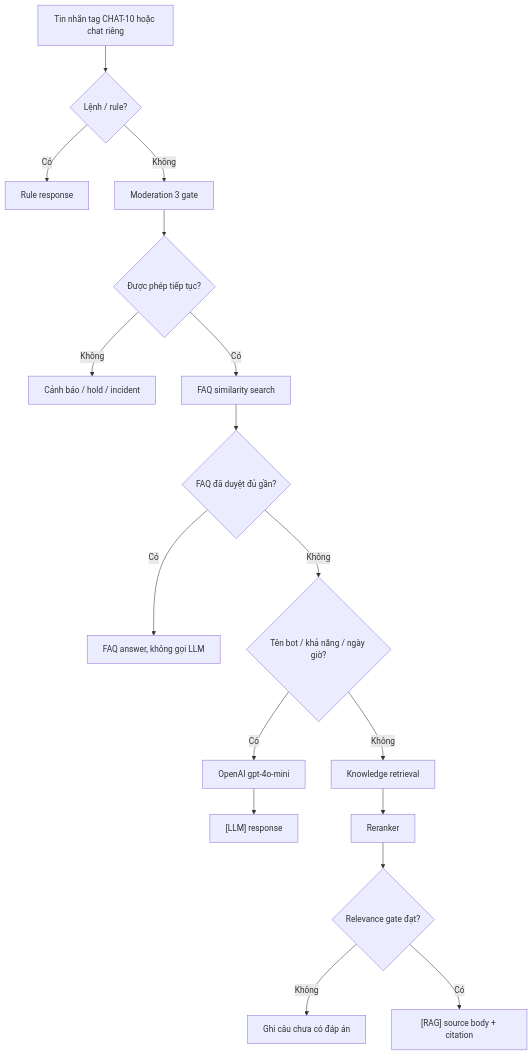
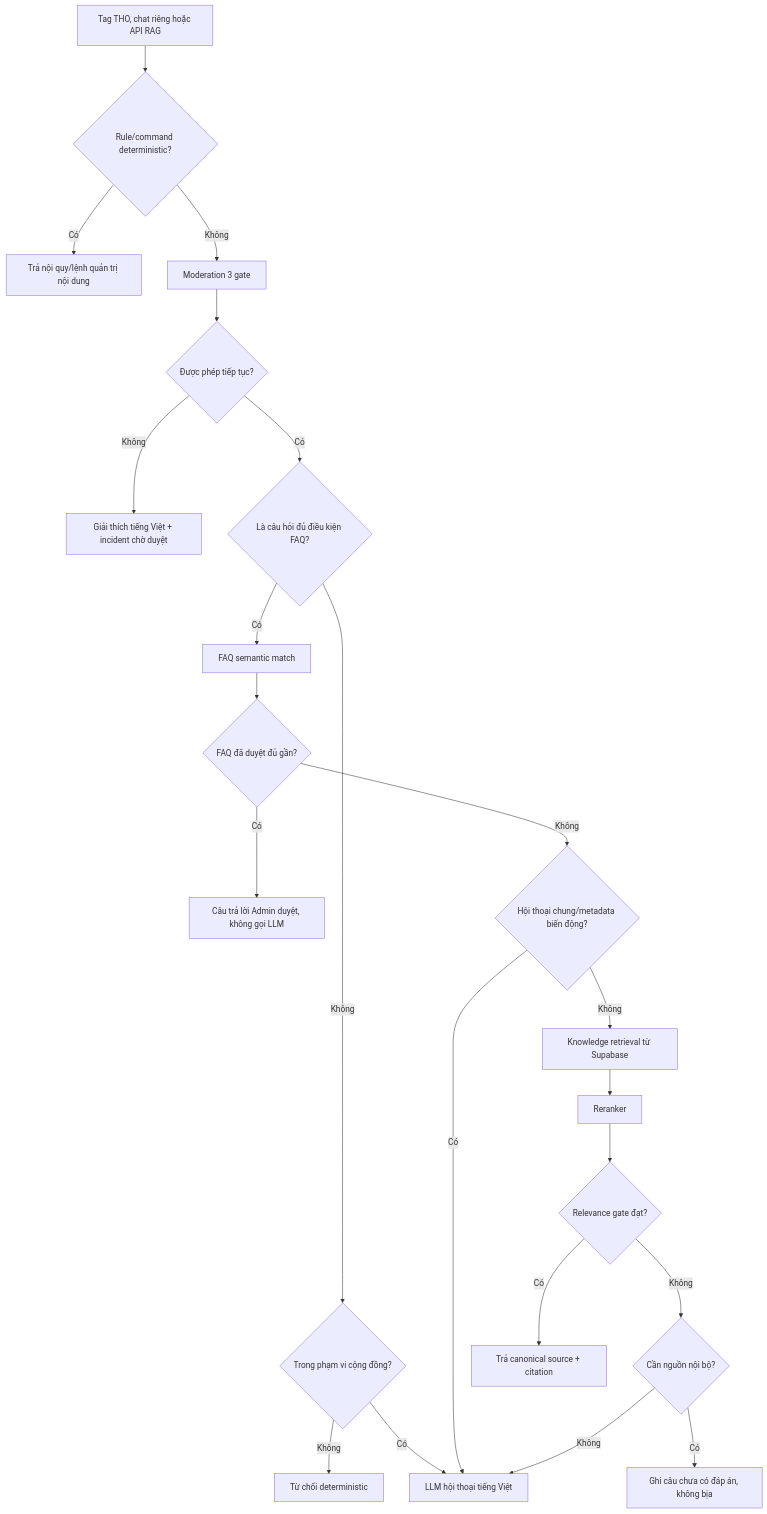
Before and after one commit to thanq204/ChatBot-THO: the second of 7 diagrams in docs/architecture_diagram.md, drawn with Mermaid. The commit also changed other lines of this file and 14 other files, not shown here.

Commit message:
chore: sync THO runtime and architecture

````diff
--- a/docs/architecture_diagram.md
+++ b/docs/architecture_diagram.md
@@ -36,19 +49,24 @@
 ```mermaid
 flowchart TD
-    Input["Tin nhắn tag CHAT-10 hoặc chat riêng"] --> Rule{"Lệnh / rule?"}
-    Rule -->|"Có"| RuleAnswer["Rule response"]
+    Input["Tag THO, chat riêng hoặc API RAG"] --> Rule{"Rule/command deterministic?"}
+    Rule -->|"Có"| RuleAnswer["Trả nội quy/lệnh quản trị nội dung"]
     Rule -->|"Không"| Moderate["Moderation 3 gate"]
     Moderate --> Safe{"Được phép tiếp tục?"}
-    Safe -->|"Không"| ModerationAnswer["Cảnh báo / hold / incident"]
-    Safe -->|"Có"| FAQ["FAQ similarity search"]
+    Safe -->|"Không"| ModerationAnswer["Giải thích tiếng Việt + incident chờ duyệt"]
+    Safe -->|"Có"| Intent{"Là câu hỏi đủ điều kiện FAQ?"}
+    Intent -->|"Không"| Scope{"Trong phạm vi cộng đồng?"}
+    Scope -->|"Không"| Refuse["Từ chối deterministic"]
+    Scope -->|"Có"| LLM["LLM hội thoại tiếng Việt"]
+    Intent -->|"Có"| FAQ["FAQ semantic match"]
     FAQ --> FAQHit{"FAQ đã duyệt đủ gần?"}
-    FAQHit -->|"Có"| FAQAnswer["FAQ answer, không gọi LLM"]
-    FAQHit -->|"Không"| General{"Tên bot / khả năng / ngày giờ?"}
-    General -->|"Có"| LLM["OpenAI gpt-4o-mini"]
-    LLM --> LLMAnswer["[LLM] response"]
-    General -->|"Không"| Retrieve["Knowledge retrieval"]
+    FAQHit -->|"Có"| FAQAnswer["Câu trả lời Admin duyệt, không gọi LLM"]
+    FAQHit -->|"Không"| General{"Hội thoại chung/metadata biến động?"}
+    General -->|"Có"| LLM
+    General -->|"Không"| Retrieve["Knowledge retrieval từ Supabase"]
     Retrieve --> Rerank["Reranker"]
     Rerank --> Relevance{"Relevance gate đạt?"}
-    Relevance -->|"Không"| Unanswered["Ghi câu chưa có đáp án"]
-    Relevance -->|"Có"| RAG["[RAG] source body + citation"]
+    Relevance -->|"Không"| Fallback{"Cần nguồn nội bộ?"}
+    Fallback -->|"Có"| Unanswered["Ghi câu chưa có đáp án, không bịa"]
+    Fallback -->|"Không"| LLM
+    Relevance -->|"Có"| RAG["Trả canonical source + citation"]
 ```
````
